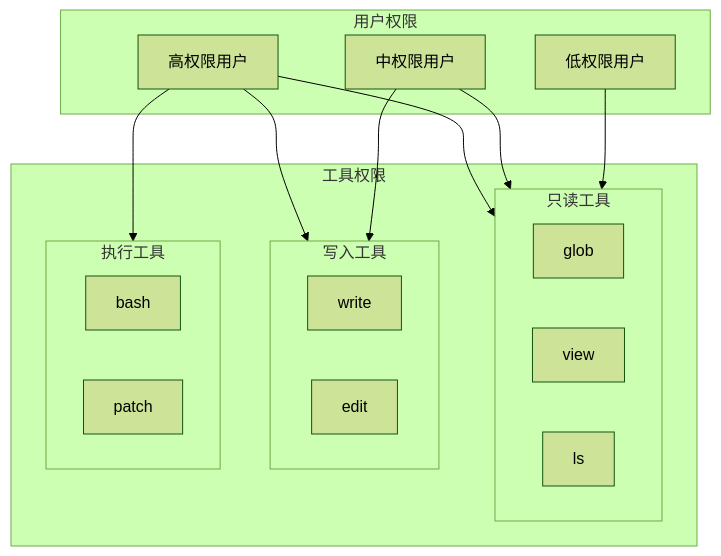
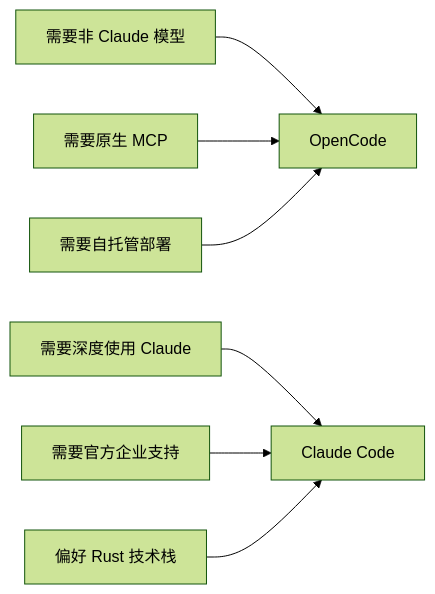
Before and after one commit to Shyu-x/frontend-interview: diagram 12 of 13 in docs/agent/case-studies/opencode-analysis.md, drawn with Mermaid (forest theme). The commit also changed other lines of this file and 58 other files, not shown here.

````diff
--- a/docs/agent/case-studies/opencode-analysis.md
+++ b/docs/agent/case-studies/opencode-analysis.md
@@ -631,30 +1733,9 @@
 ```mermaid
-flowchart TB
-    subgraph User["用户权限"]
-        high["高权限用户"]
-        medium["中权限用户"]
-        low["低权限用户"]
-    end
-    subgraph Tools["工具权限"]
-        subgraph Read["只读工具"]
-            glob["glob"]
-            view["view"]
-            ls["ls"]
-        end
-        subgraph Write["写入工具"]
-            write["write"]
-            edit["edit"]
-        end
-        subgraph Execute["执行工具"]
-            bash["bash"]
-            patch["patch"]
-        end
-    end
-    
-    high --> Read
-    high --> Write
-    high --> Execute
-    medium --> Read
-    medium --> Write
-    low --> Read
+flowchart LR
+    R1["需要非 Claude 模型"] --> OC["OpenCode"]
+    R2["需要原生 MCP"] --> OC
+    R3["需要深度使用 Claude"] --> CC["Claude Code"]
+    R4["需要官方企业支持"] --> CC
+    R5["需要自托管部署"] --> OC
+    R6["偏好 Rust 技术栈"] --> CC
 ```
````
